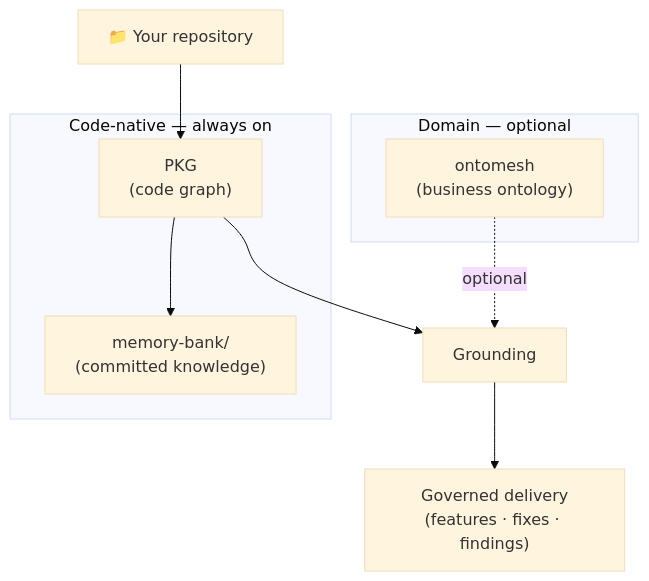
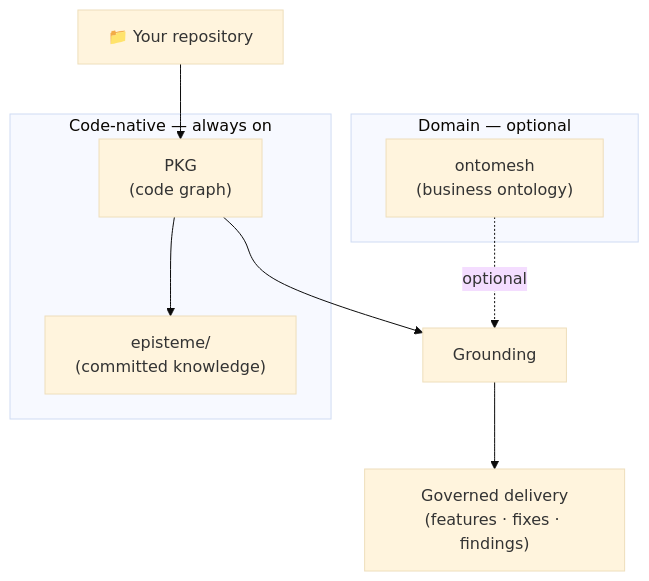
Before and after one commit to synaptixs/spine: the first of 5 diagrams in KNOWLEDGE_GRAPH.md, drawn with Mermaid (base theme). The commit also changed other lines of this file and 32 other files, not shown here.

````diff
--- a/KNOWLEDGE_GRAPH.md
+++ b/KNOWLEDGE_GRAPH.md
@@ -41,18 +41,18 @@
 ```mermaid
 flowchart TB
     repo["📁 Your repository"]
     subgraph code["Code-native — always on"]
         pkg["PKG<br/>(code graph)"]
-        mb["memory-bank/<br/>(committed knowledge)"]
+        mb["episteme/<br/>(committed knowledge)"]
     end
     subgraph dom["Domain — optional"]
         onto["ontomesh<br/>(business ontology)"]
     end
     ground["Grounding"]
     deliver["Governed delivery<br/>(features · fixes · findings)"]
 
     repo --> pkg --> mb
     pkg --> ground
     onto -. optional .-> ground
     ground --> deliver
 ```
````
